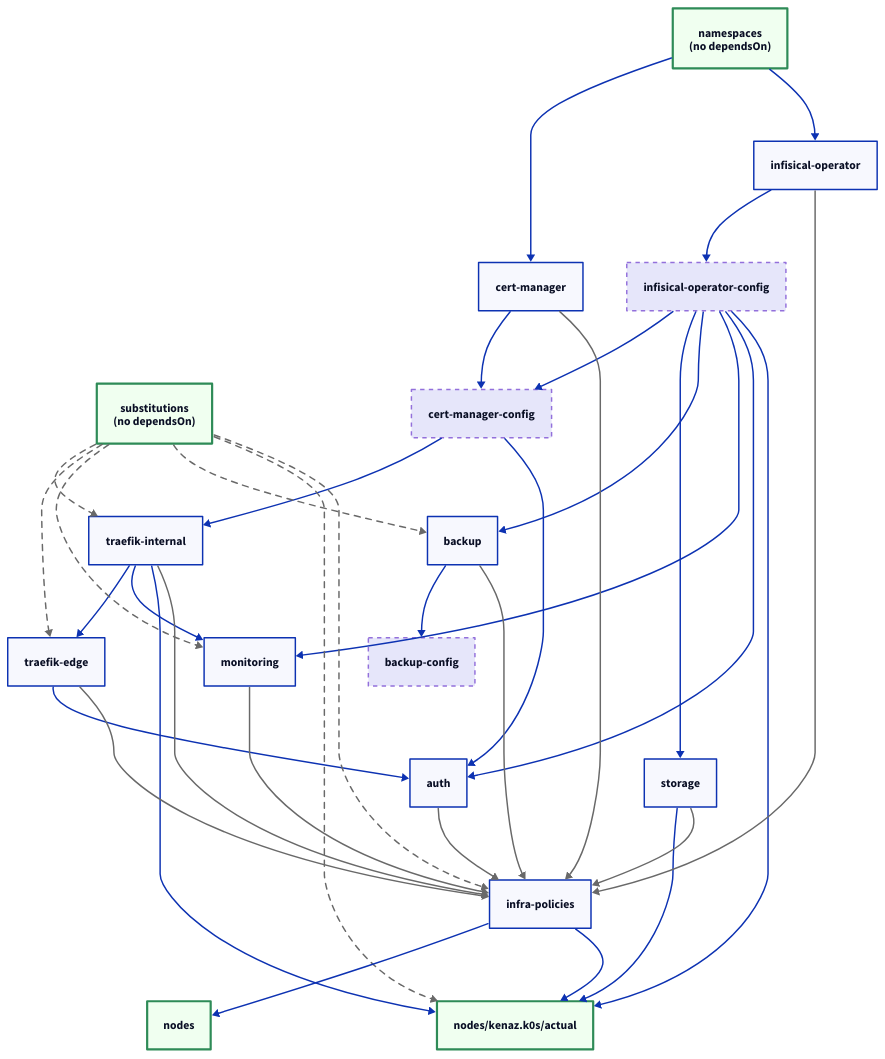
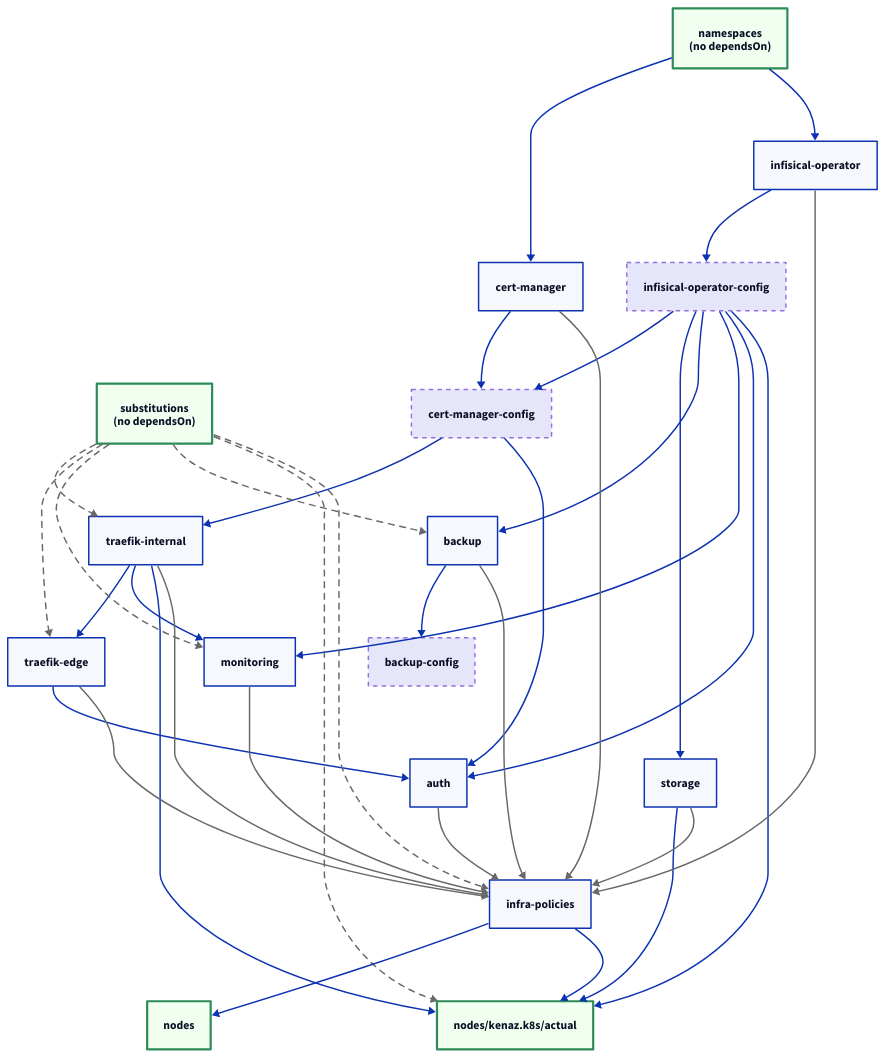
The diagram in docs/src/conventions/ordering.md (brewcoua/futhark), drawn with D2 before and after one commit. The commit also changed other lines of this file and 77 other files, not shown here.

```diff
--- a/docs/src/conventions/ordering.md
+++ b/docs/src/conventions/ordering.md
@@ -58,7 +58,7 @@
 backup-config: backup-config { class: config }
 
 nodes: nodes { class: boundary }
-actual: nodes/kenaz.k0s/actual { class: boundary }
+actual: nodes/kenaz.k8s/actual { class: boundary }
 
 namespaces -> cert-manager
 namespaces -> infisical-operator
```
